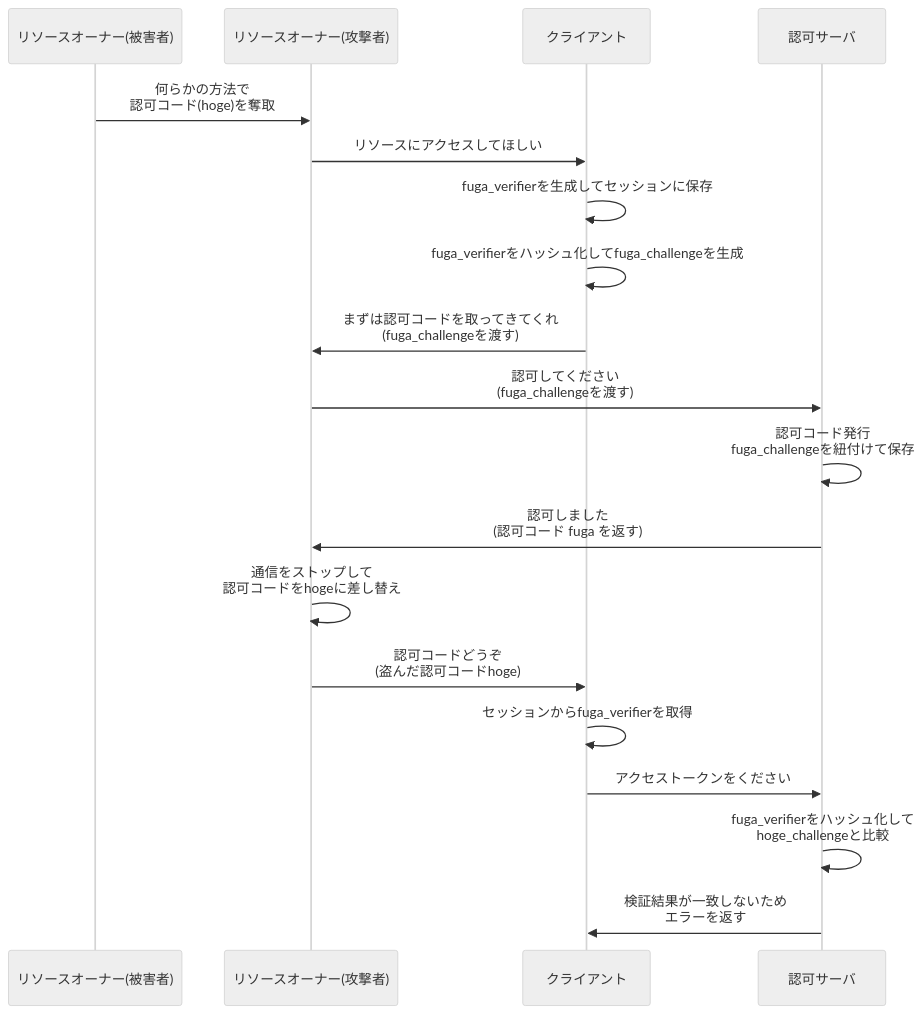
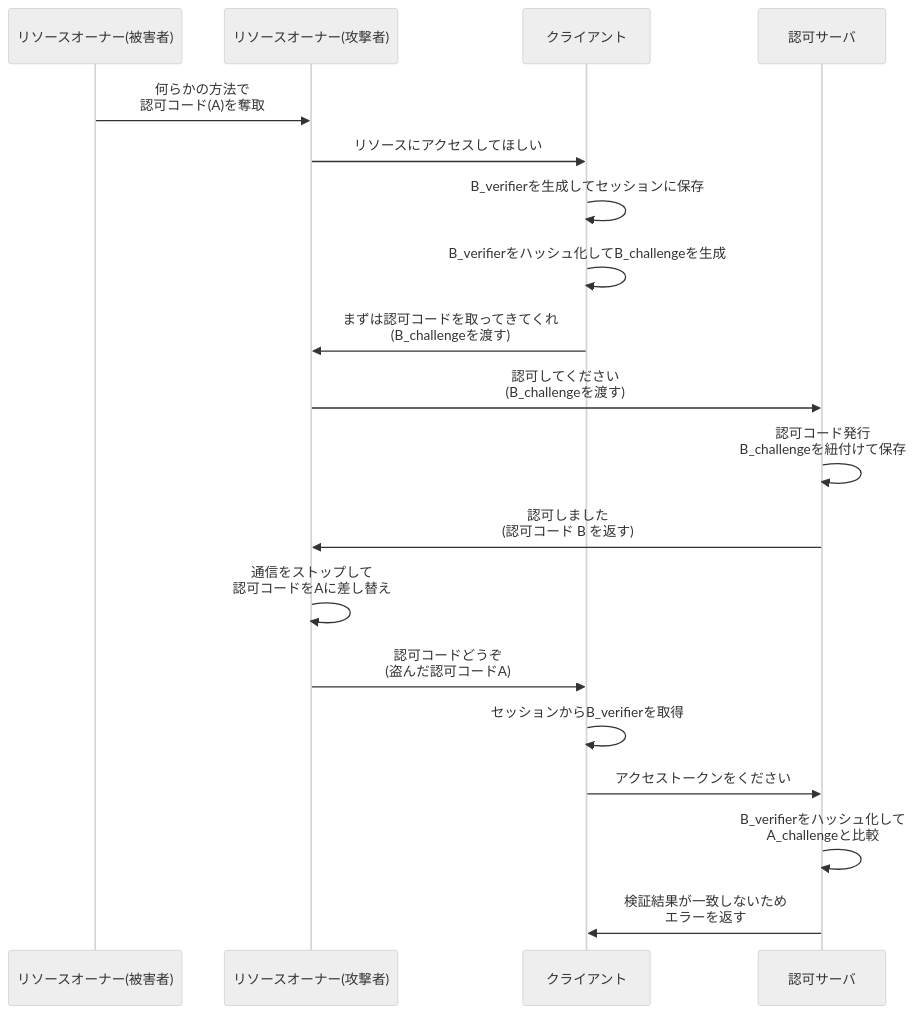
Diagram 12 of 20 in articles/5e8da6c491e720.md (calloc134/zenn-dir), drawn with Mermaid (neutral theme) before and after one commit. The commit also changed other lines of this file, not shown here.

Commit message:
hoge/fugaが読みづらいのでA/Bに変更

````diff
--- a/articles/5e8da6c491e720.md
+++ b/articles/5e8da6c491e720.md
@@ -1109,23 +1109,23 @@
 ```mermaid
 sequenceDiagram
     participant リソースオーナー(被害者)
     participant リソースオーナー(攻撃者)
     participant クライアント
     participant 認可サーバ
 
-    リソースオーナー(被害者)->>リソースオーナー(攻撃者): 何らかの方法で<br>認可コード(hoge)を奪取
+    リソースオーナー(被害者)->>リソースオーナー(攻撃者): 何らかの方法で<br>認可コード(A)を奪取
     リソースオーナー(攻撃者)->>クライアント: リソースにアクセスしてほしい
-    クライアント->>クライアント: fuga_verifierを生成してセッションに保存
-    クライアント->>クライアント: fuga_verifierをハッシュ化してfuga_challengeを生成
-    クライアント->>リソースオーナー(攻撃者): まずは認可コードを取ってきてくれ<br>(fuga_challengeを渡す)
-    リソースオーナー(攻撃者)->>認可サーバ: 認可してください<br>(fuga_challengeを渡す)
-    認可サーバ->>認可サーバ: 認可コード発行<br>fuga_challengeを紐付けて保存
-    認可サーバ->>リソースオーナー(攻撃者): 認可しました<br>(認可コード fuga を返す)
-    リソースオーナー(攻撃者)->>リソースオーナー(攻撃者): 通信をストップして<br>認可コードをhogeに差し替え
-    リソースオーナー(攻撃者)->>クライアント: 認可コードどうぞ<br>(盗んだ認可コードhoge)
-    クライアント->>クライアント: セッションからfuga_verifierを取得
+    クライアント->>クライアント: B_verifierを生成してセッションに保存
+    クライアント->>クライアント: B_verifierをハッシュ化してB_challengeを生成
+    クライアント->>リソースオーナー(攻撃者): まずは認可コードを取ってきてくれ<br>(B_challengeを渡す)
+    リソースオーナー(攻撃者)->>認可サーバ: 認可してください<br>(B_challengeを渡す)
+    認可サーバ->>認可サーバ: 認可コード発行<br>B_challengeを紐付けて保存
+    認可サーバ->>リソースオーナー(攻撃者): 認可しました<br>(認可コード B を返す)
+    リソースオーナー(攻撃者)->>リソースオーナー(攻撃者): 通信をストップして<br>認可コードをAに差し替え
+    リソースオーナー(攻撃者)->>クライアント: 認可コードどうぞ<br>(盗んだ認可コードA)
+    クライアント->>クライアント: セッションからB_verifierを取得
     クライアント->>認可サーバ: アクセストークンをください
-    認可サーバ->>認可サーバ: fuga_verifierをハッシュ化して<br>hoge_challengeと比較
+    認可サーバ->>認可サーバ: B_verifierをハッシュ化して<br>A_challengeと比較
     認可サーバ->>クライアント: 検証結果が一致しないため<br>エラーを返す
 
 ```
````
